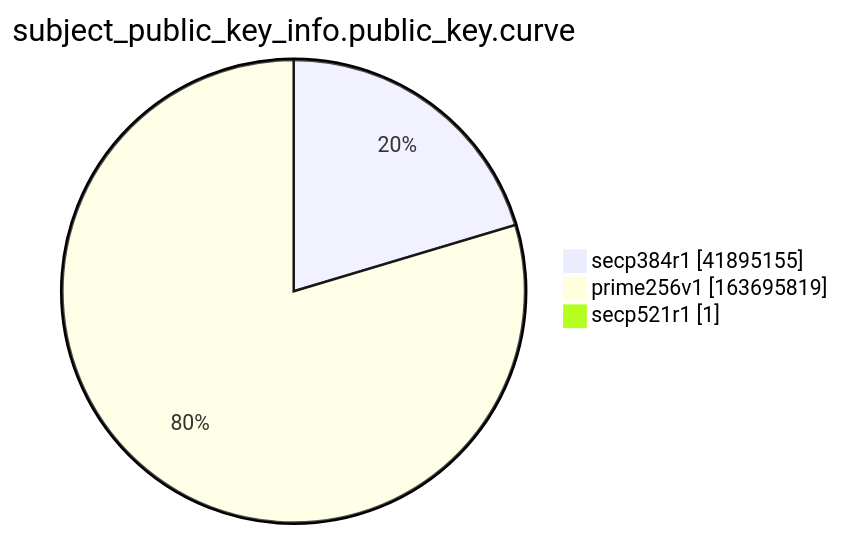
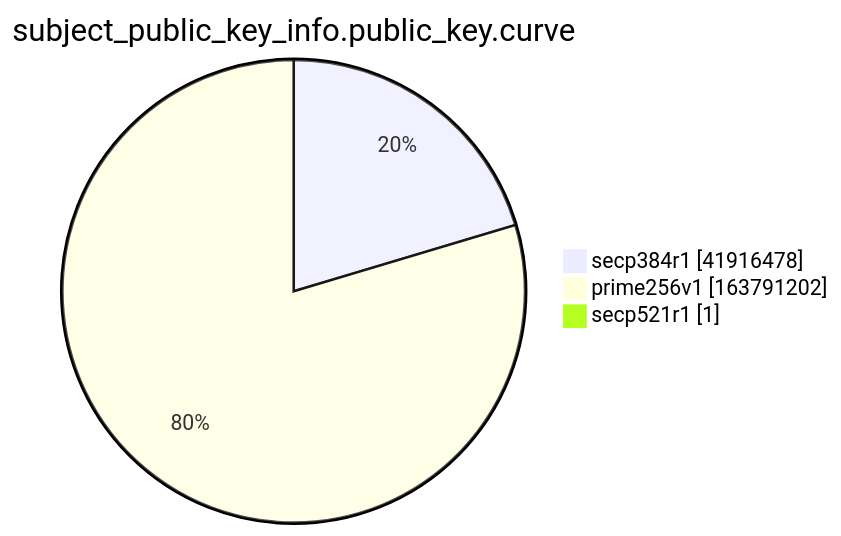
The ninth of 15 diagrams in xenon2022/README.md (christiankrug/ctmonitor_visualization), drawn with Mermaid before and after one commit. The commit also changed other lines of this file, not shown here.

````diff
--- a/xenon2022/README.md
+++ b/xenon2022/README.md
@@ -2869,7 +2869,7 @@
 ```mermaid
 pie showData
 title subject_public_key_info.public_key.curve
-"secp384r1" :41895155
-"prime256v1" :163695819
+"secp384r1" :41916478
+"prime256v1" :163791202
 "secp521r1" :1
 ```
````
